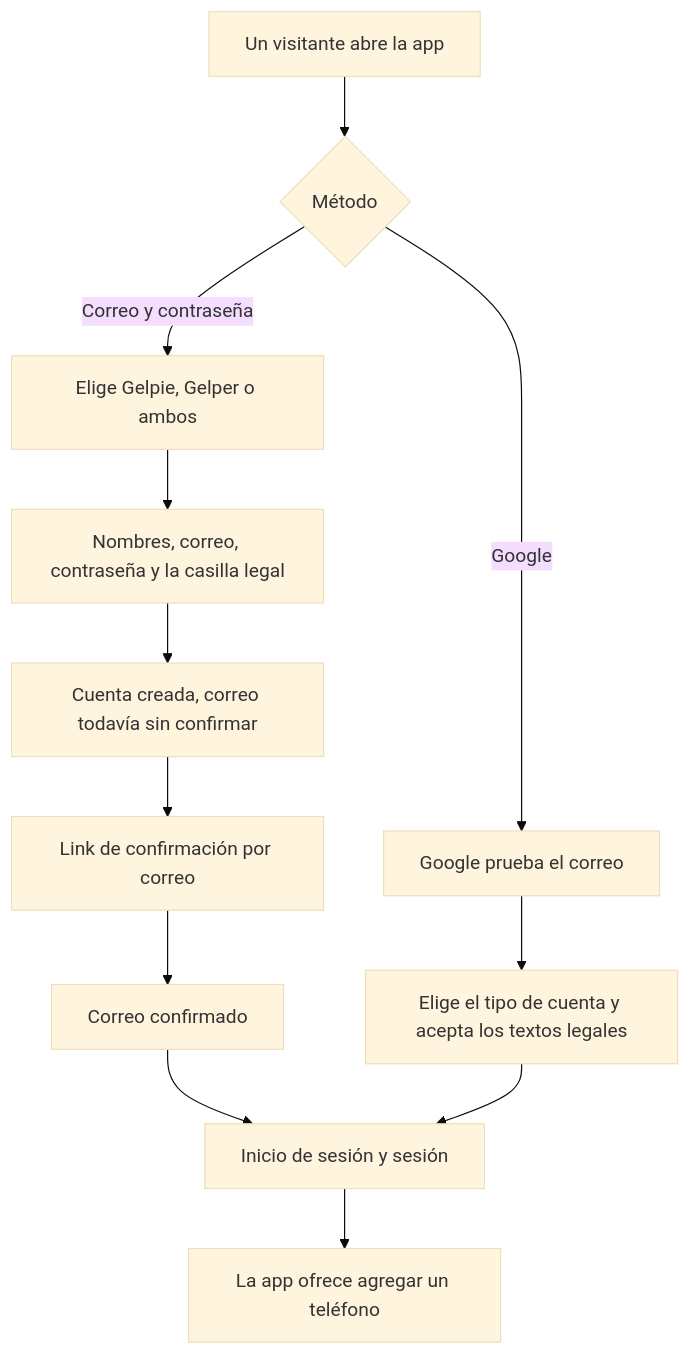
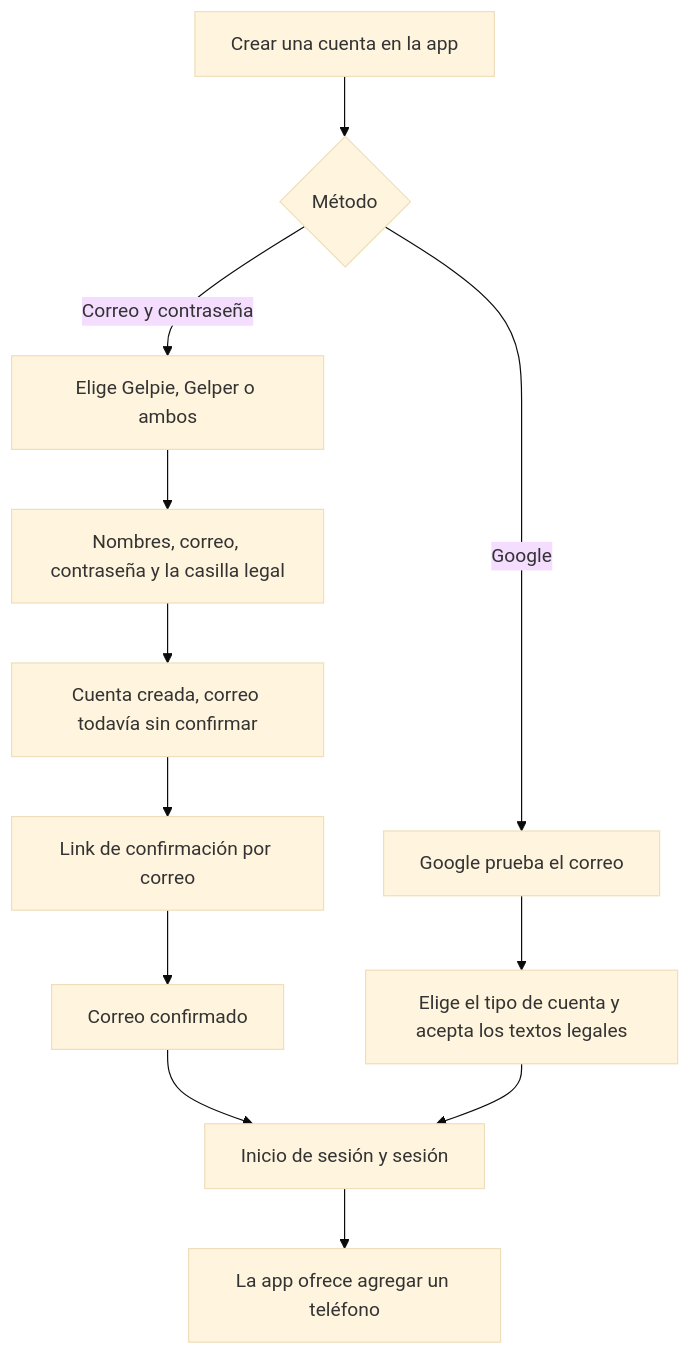
The diagram in i18n/es/docusaurus-plugin-content-docs/current/product/accounts.md (Gelpy/gelpy), drawn with Mermaid (base theme) before and after one commit. The commit also changed other lines of this file and 8 other files, not shown here.

````diff
--- a/i18n/es/docusaurus-plugin-content-docs/current/product/accounts.md
+++ b/i18n/es/docusaurus-plugin-content-docs/current/product/accounts.md
@@ -31,14 +30,14 @@
 ```mermaid
 flowchart TD
-  A[Un visitante abre la app] --> B{Método}
+  A[Crear una cuenta en la app] --> B{Método}
   B -- Correo y contraseña --> T[Elige Gelpie, Gelper o ambos]
   T --> E[Nombres, correo, contraseña y la casilla legal]
   E --> H[Cuenta creada, correo todavía sin confirmar]
   H --> I[Link de confirmación por correo]
   I --> J[Correo confirmado]
   B -- Google --> G[Google prueba el correo]
   G --> K[Elige el tipo de cuenta y acepta los textos legales]
   J --> L[Inicio de sesión y sesión]
   K --> L
   L --> M[La app ofrece agregar un teléfono]
 ```
````
